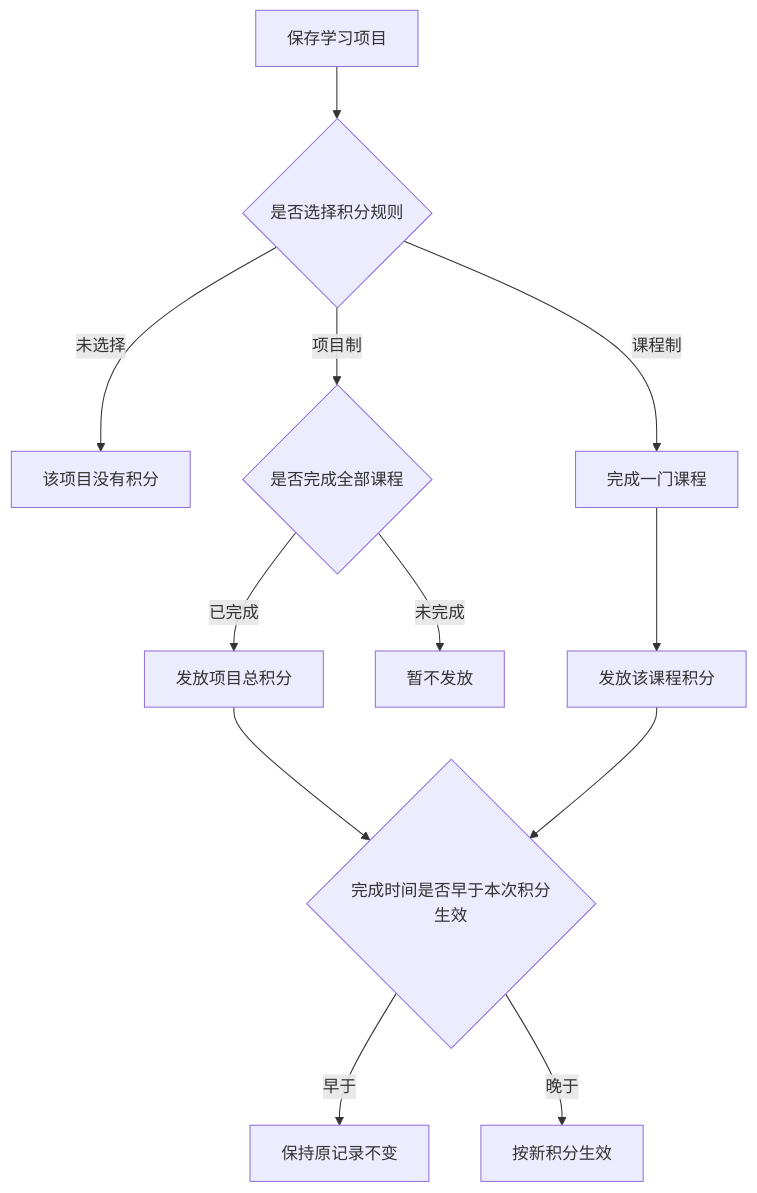
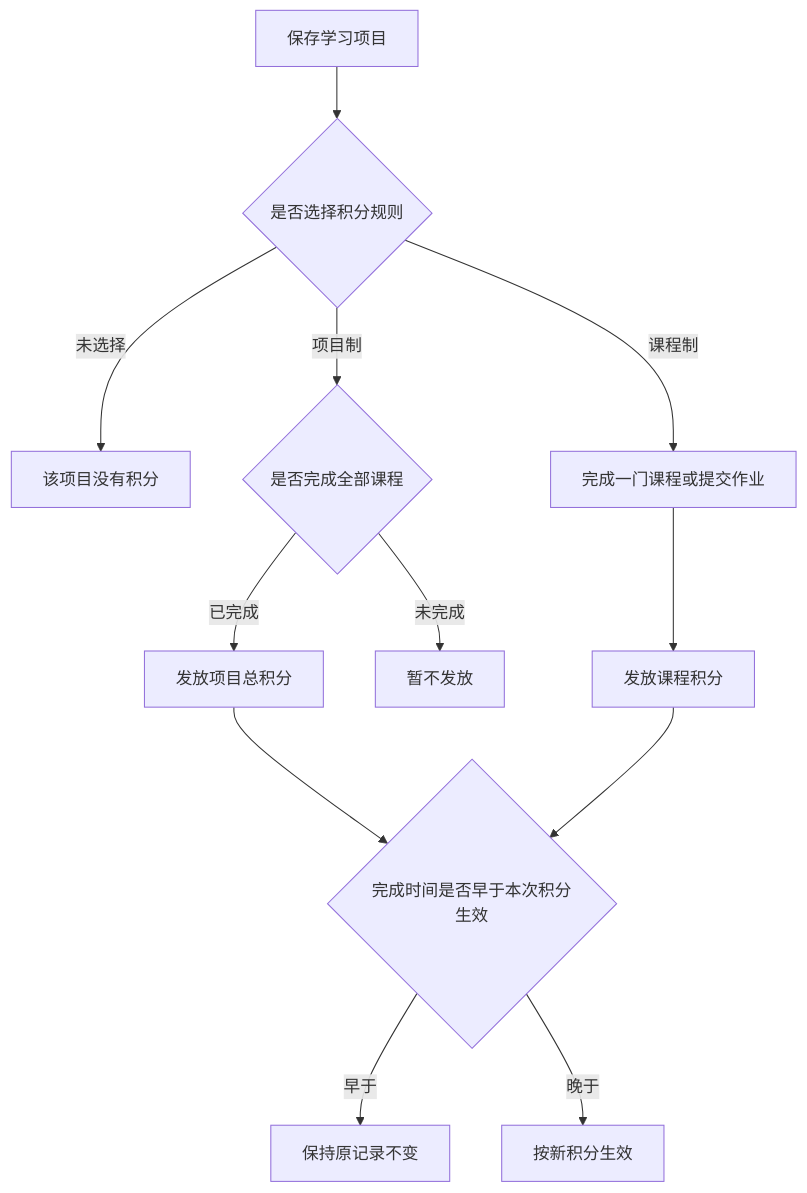
One commit to Yping-98/prototypes changed the fourth of 6 diagrams in ai-training-completion-homework/PRD-AI质培中台课程完成标准与作业管理.md. Above: the diagram before and after it, drawn with Mermaid. The commit also changed other lines of this file and 1 other file, not shown here.

````diff
--- a/ai-training-completion-homework/PRD-AI质培中台课程完成标准与作业管理.md
+++ b/ai-training-completion-homework/PRD-AI质培中台课程完成标准与作业管理.md
@@ -95,14 +99,14 @@
 ```mermaid
 flowchart TD
     A4[保存学习项目] --> B4{是否选择积分规则}
     B4 -->|未选择| C4[该项目没有积分]
     B4 -->|项目制| D4{是否完成全部课程}
     D4 -->|已完成| E4[发放项目总积分]
     D4 -->|未完成| F4[暂不发放]
-    B4 -->|课程制| G4[完成一门课程]
-    G4 --> H4[发放该课程积分]
+    B4 -->|课程制| G4[完成一门课程或提交作业]
+    G4 --> H4[发放课程积分]
     E4 --> I4{完成时间是否早于本次积分生效}
     H4 --> I4
     I4 -->|早于| J4[保持原记录不变]
     I4 -->|晚于| K4[按新积分生效]
 ```
````
